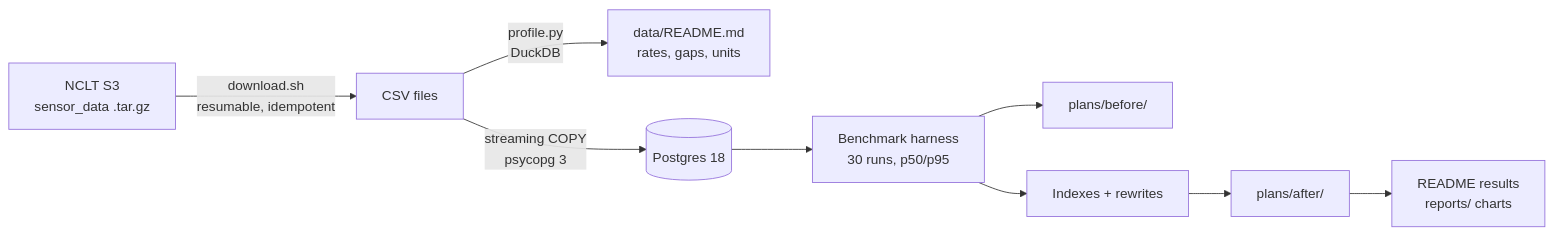
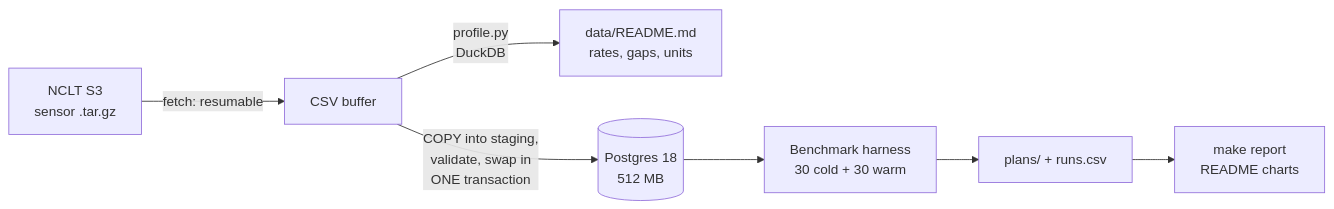
One commit to rkv-freelancer/NCLT-Query-Lab changed the diagram in README.md. Above: the diagram before and after it, drawn with Mermaid. The commit also changed other lines of this file, not shown here.

Commit message:
feat: updated README with detailed results and project status for NCLT Query Lab

````diff
--- a/README.md
+++ b/README.md
@@ -58,11 +50,9 @@
 ```mermaid
 flowchart LR
-    A[NCLT S3<br/>sensor_data .tar.gz] -->|download.sh<br/>resumable, idempotent| B[CSV files]
+    A[NCLT S3<br/>sensor .tar.gz] -->|fetch: resumable| B[CSV buffer]
     B -->|profile.py<br/>DuckDB| C[data/README.md<br/>rates, gaps, units]
-    B -->|streaming COPY<br/>psycopg 3| D[(Postgres 18)]
-    D --> E[Benchmark harness<br/>30 runs, p50/p95]
-    E --> F[plans/before/]
-    E --> G[Indexes + rewrites]
-    G --> H[plans/after/]
-    H --> I[README results<br/>reports/ charts]
+    B -->|COPY into staging,<br/>validate, swap in<br/>ONE transaction| D[(Postgres 18<br/>512 MB)]
+    D --> E[Benchmark harness<br/>30 cold + 30 warm]
+    E --> F[plans/ + runs.csv]
+    F --> G[make report<br/>README charts]
 ```
````
